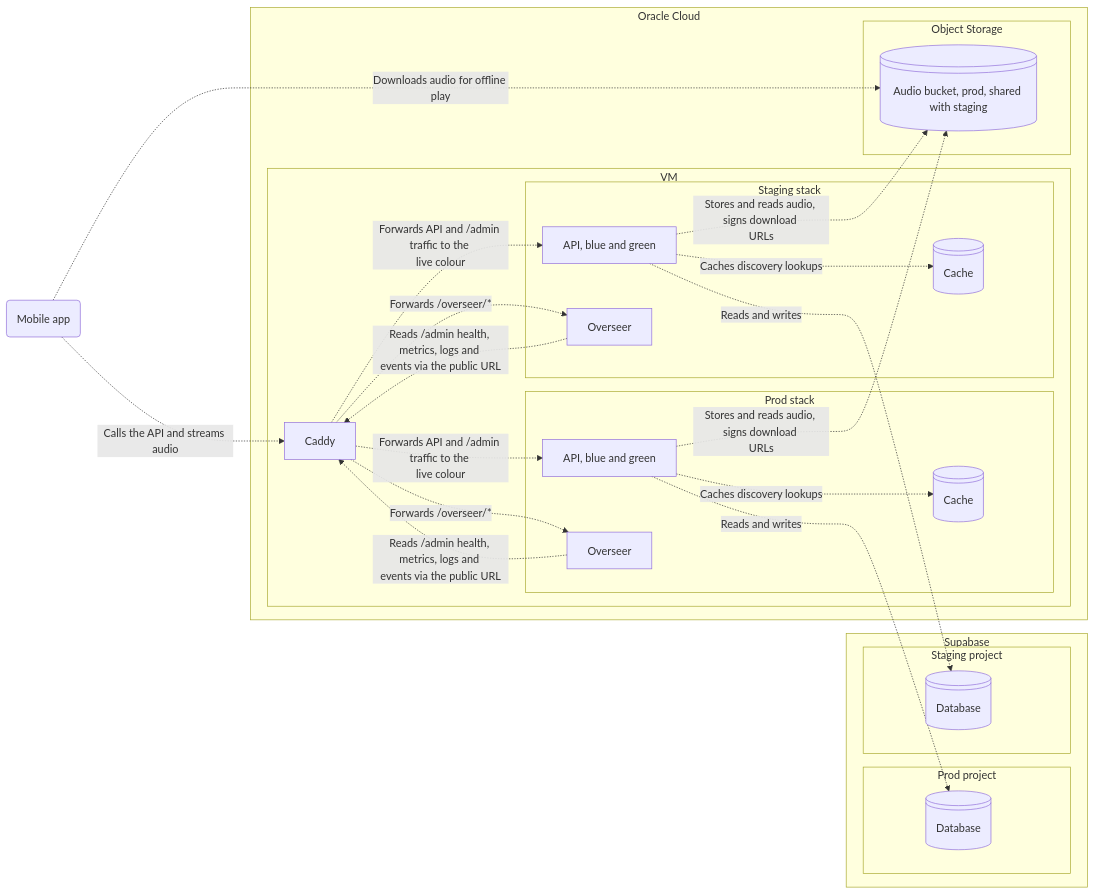
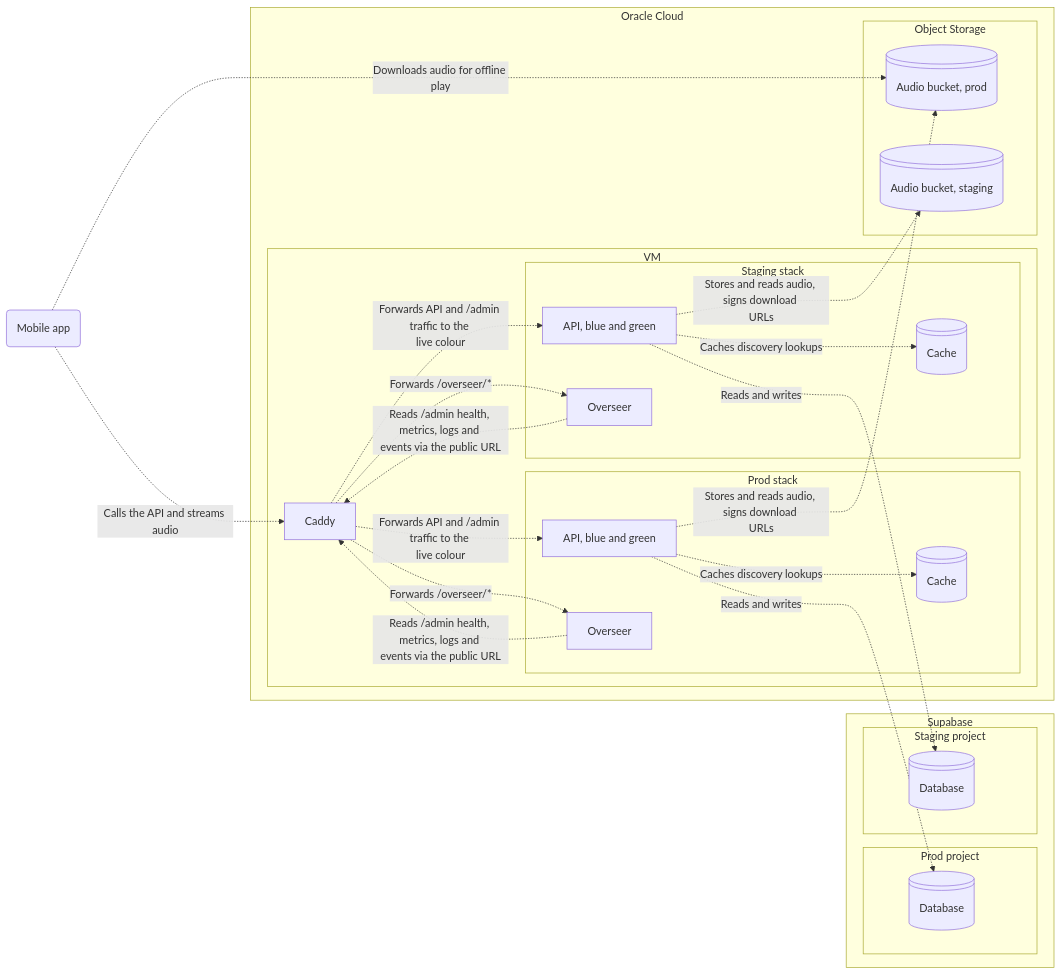
Before and after one commit to aleburrascano/altune: the third of 6 diagrams in docs/architecture.md, drawn with Mermaid. The commit also changed 2 other files, not shown here.

Commit message:
docs(docs): give staging its own audio bucket in the deployment view
Staging now uses altune-audio-staging through a key scoped to that
bucket (IAM user and policy altune-staging-s3; objects expire after 7
days). The deployment view and the staging-tier hardening note record
it; the prod bucket refuses the staging key.

Refs #1539

````diff
--- a/docs/architecture.md
+++ b/docs/architecture.md
@@ -87,50 +87,51 @@
 ```mermaid
 graph LR
   IphoneApp@{ shape: rounded, label: "Mobile app" }
   subgraph Oci["`Oracle Cloud`"]
     subgraph Oci.Host["`VM`"]
       Oci.Host.Caddy@{ shape: rectangle, label: "Caddy" }
       subgraph Oci.Host.Prod["`Prod stack`"]
         Oci.Host.Prod.Api@{ shape: rectangle, label: "API, blue and green" }
         Oci.Host.Prod.Overseer@{ shape: rectangle, label: "Overseer" }
         Oci.Host.Prod.Cache@{ shape: disk, label: "Cache" }
       end
       subgraph Oci.Host.Staging["`Staging stack`"]
         Oci.Host.Staging.Api@{ shape: rectangle, label: "API, blue and green" }
         Oci.Host.Staging.Overseer@{ shape: rectangle, label: "Overseer" }
         Oci.Host.Staging.Cache@{ shape: disk, label: "Cache" }
       end
     end
     subgraph Oci.ObjectStorage["`Object Storage`"]
-      Oci.ObjectStorage.Audio@{ shape: disk, label: "Audio bucket, prod, shared with staging" }
+      Oci.ObjectStorage.ProdAudio@{ shape: disk, label: "Audio bucket, prod" }
+      Oci.ObjectStorage.StagingAudio@{ shape: disk, label: "Audio bucket, staging" }
     end
   end
   subgraph Supabase["`Supabase`"]
     subgraph Supabase.ProdProject["`Prod project`"]
       Supabase.ProdProject.Db@{ shape: disk, label: "Database" }
     end
     subgraph Supabase.StagingProject["`Staging project`"]
       Supabase.StagingProject.Db@{ shape: disk, label: "Database" }
     end
   end
   Oci.Host.Prod.Api -. "`Caches discovery lookups`" .-> Oci.Host.Prod.Cache
   Oci.Host.Staging.Api -. "`Caches discovery lookups`" .-> Oci.Host.Staging.Cache
   IphoneApp -. "`Calls the API and streams audio`" .-> Oci.Host.Caddy
   Oci.Host.Caddy -. "`Forwards API and /admin traffic to the 
 live colour`" .-> Oci.Host.Prod.Api
   Oci.Host.Caddy -. "`Forwards /overseer/*`" .-> Oci.Host.Prod.Overseer
   Oci.Host.Caddy -. "`Forwards API and /admin traffic to the 
 live colour`" .-> Oci.Host.Staging.Api
   Oci.Host.Caddy -. "`Forwards /overseer/*`" .-> Oci.Host.Staging.Overseer
   Oci.Host.Prod.Overseer -. "`Reads /admin health, metrics, logs and 
 events via the public URL`" .-> Oci.Host.Caddy
   Oci.Host.Staging.Overseer -. "`Reads /admin health, metrics, logs and 
 events via the public URL`" .-> Oci.Host.Caddy
-  IphoneApp -. "`Downloads audio for offline play`" .-> Oci.ObjectStorage.Audio
+  IphoneApp -. "`Downloads audio for offline play`" .-> Oci.ObjectStorage.ProdAudio
   Oci.Host.Prod.Api -. "`Stores and reads audio, signs download 
-URLs`" .-> Oci.ObjectStorage.Audio
+URLs`" .-> Oci.ObjectStorage.ProdAudio
   Oci.Host.Staging.Api -. "`Stores and reads audio, signs download 
-URLs`" .-> Oci.ObjectStorage.Audio
+URLs`" .-> Oci.ObjectStorage.StagingAudio
   Oci.Host.Prod.Api -. "`Reads and writes`" .-> Supabase.ProdProject.Db
   Oci.Host.Staging.Api -. "`Reads and writes`" .-> Supabase.StagingProject.Db
 ```
````
